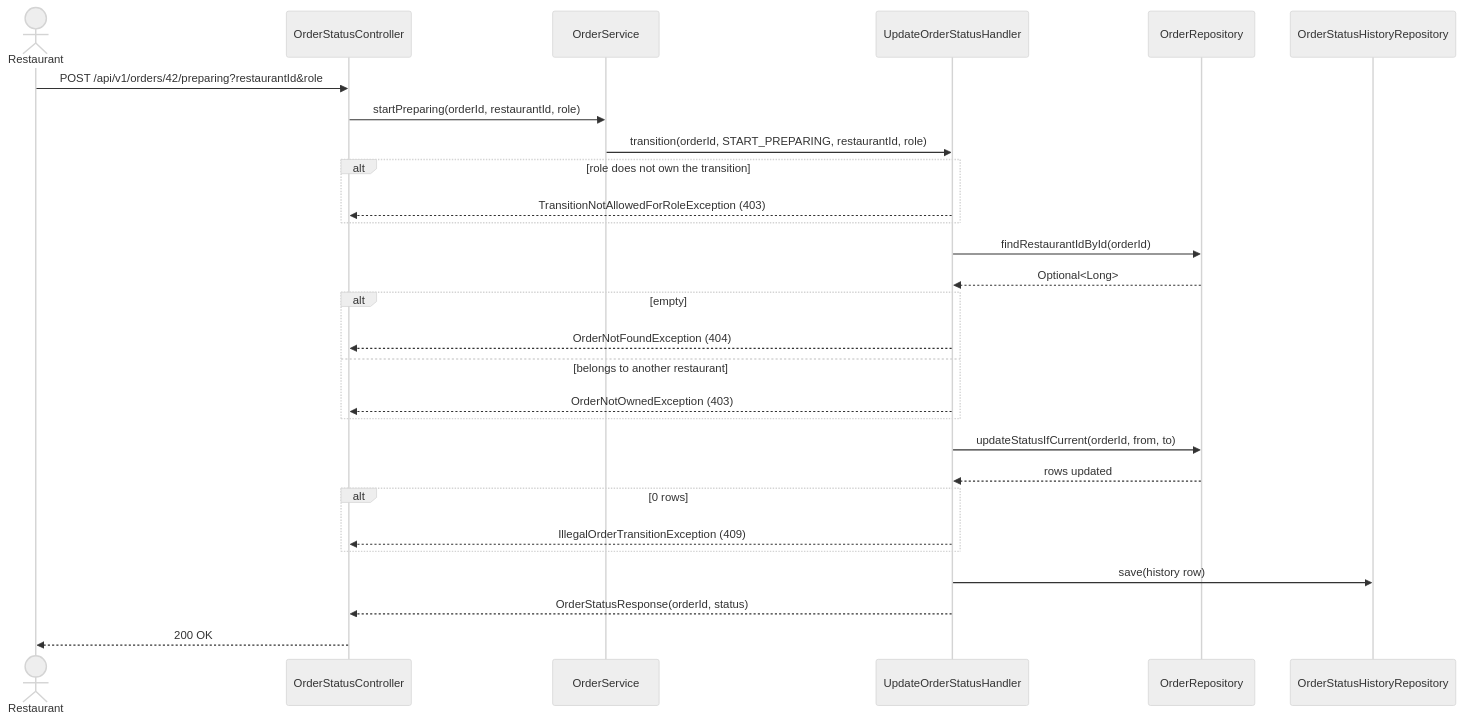
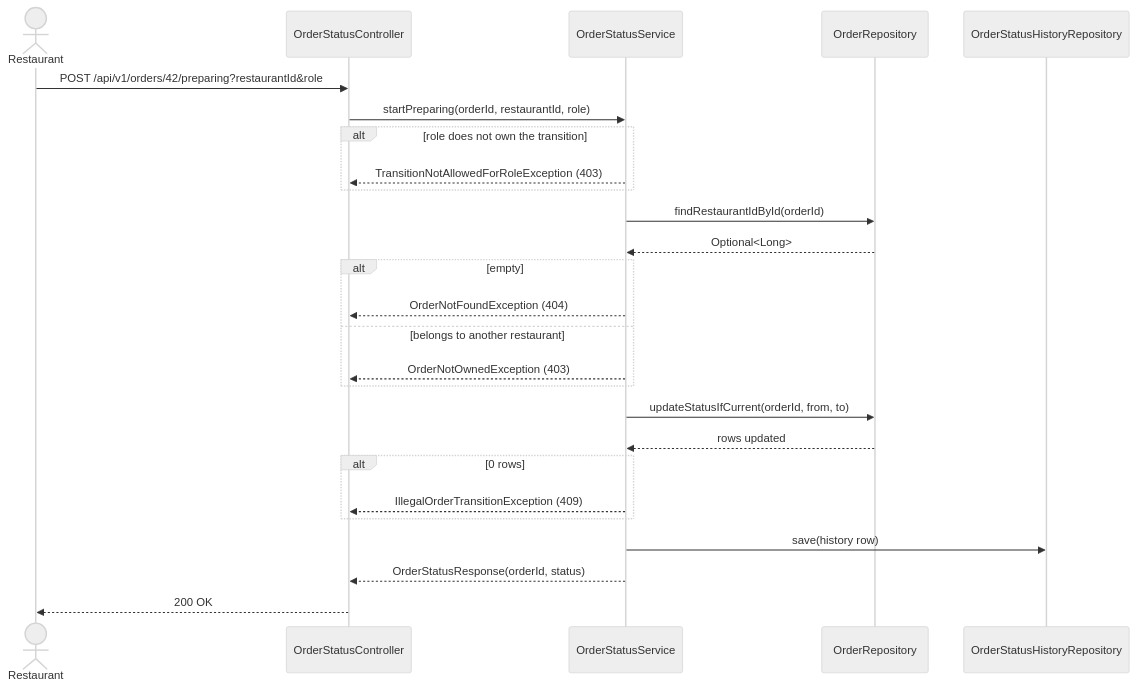
One commit to msmohammed0077-cmd/mentorship-restaurant changed the third of 3 diagrams in restaurant/.docs/use-cases/order-management/update-order-status/update-order-status.md. Above: the diagram before and after it, drawn with Mermaid (neutral theme). The commit also changed other lines of this file and 14 other files, not shown here.

````diff
--- a/restaurant/.docs/use-cases/order-management/update-order-status/update-order-status.md
+++ b/restaurant/.docs/use-cases/order-management/update-order-status/update-order-status.md
@@ -318,35 +318,33 @@
 ```mermaid
 sequenceDiagram
     actor Restaurant
     participant C as OrderStatusController
-    participant S as OrderService
-    participant H as UpdateOrderStatusHandler
+    participant H as OrderStatusService
     participant OR as OrderRepository
     participant HR as OrderStatusHistoryRepository
 
     Restaurant->>C: POST /api/v1/orders/42/preparing?restaurantId&role
-    C->>S: startPreparing(orderId, restaurantId, role)
-    S->>H: transition(orderId, START_PREPARING, restaurantId, role)
+    C->>H: startPreparing(orderId, restaurantId, role)
 
     alt role does not own the transition
         H-->>C: TransitionNotAllowedForRoleException (403)
     end
 
     H->>OR: findRestaurantIdById(orderId)
     OR-->>H: Optional<Long>
     alt empty
         H-->>C: OrderNotFoundException (404)
     else belongs to another restaurant
         H-->>C: OrderNotOwnedException (403)
     end
 
     H->>OR: updateStatusIfCurrent(orderId, from, to)
     OR-->>H: rows updated
     alt 0 rows
         H-->>C: IllegalOrderTransitionException (409)
     end
 
     H->>HR: save(history row)
     H-->>C: OrderStatusResponse(orderId, status)
     C-->>Restaurant: 200 OK
 ```
````
